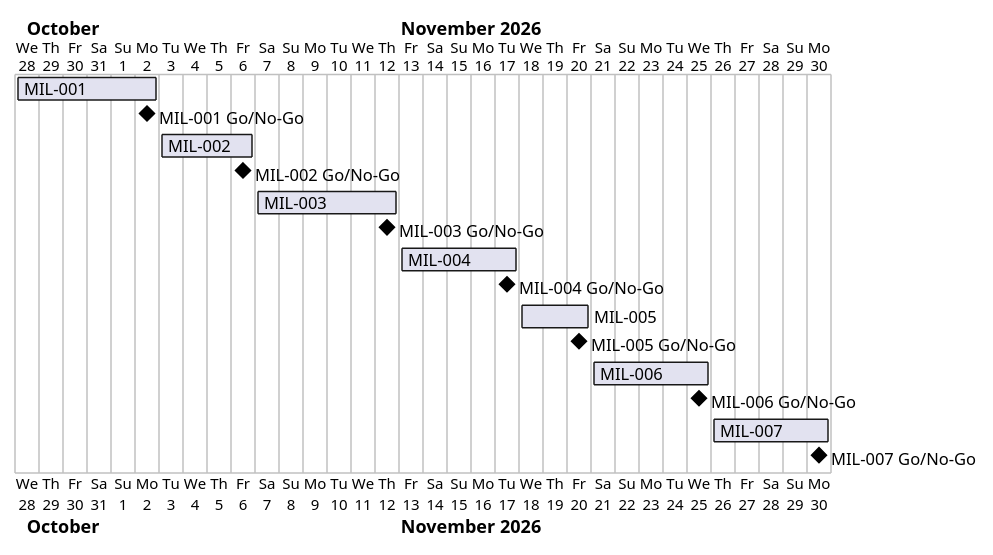
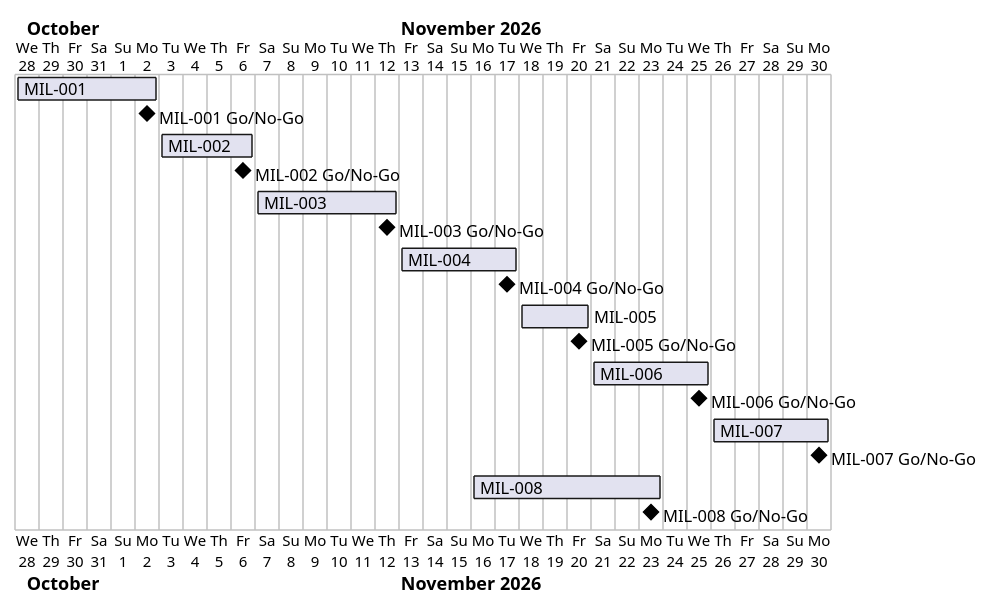
The diagram in docs/project-plan.md (Tirsvad-Udemy-100-days-of-code/046-scraping-the-billboard), drawn with PlantUML before and after one commit. The commit also changed other lines of this file and 39 other files, not shown here.

````diff
--- a/docs/project-plan.md
+++ b/docs/project-plan.md
@@ -41,19 +46,21 @@
 ```plantuml
 @startgantt
 Project starts 2026-10-28
 [MIL-001] starts 2026-10-28 and ends 2026-11-02
 [MIL-001 Go/No-Go] happens 2026-11-02
 [MIL-002] starts 2026-11-03 and ends 2026-11-06
 [MIL-002 Go/No-Go] happens 2026-11-06
 [MIL-003] starts 2026-11-07 and ends 2026-11-12
 [MIL-003 Go/No-Go] happens 2026-11-12
 [MIL-004] starts 2026-11-13 and ends 2026-11-17
 [MIL-004 Go/No-Go] happens 2026-11-17
 [MIL-005] starts 2026-11-18 and ends 2026-11-20
 [MIL-005 Go/No-Go] happens 2026-11-20
 [MIL-006] starts 2026-11-21 and ends 2026-11-25
 [MIL-006 Go/No-Go] happens 2026-11-25
 [MIL-007] starts 2026-11-26 and ends 2026-11-30
 [MIL-007 Go/No-Go] happens 2026-11-30
+[MIL-008] starts 2026-11-16 and ends 2026-11-23
+[MIL-008 Go/No-Go] happens 2026-11-23
 @endgantt
 ```
````
